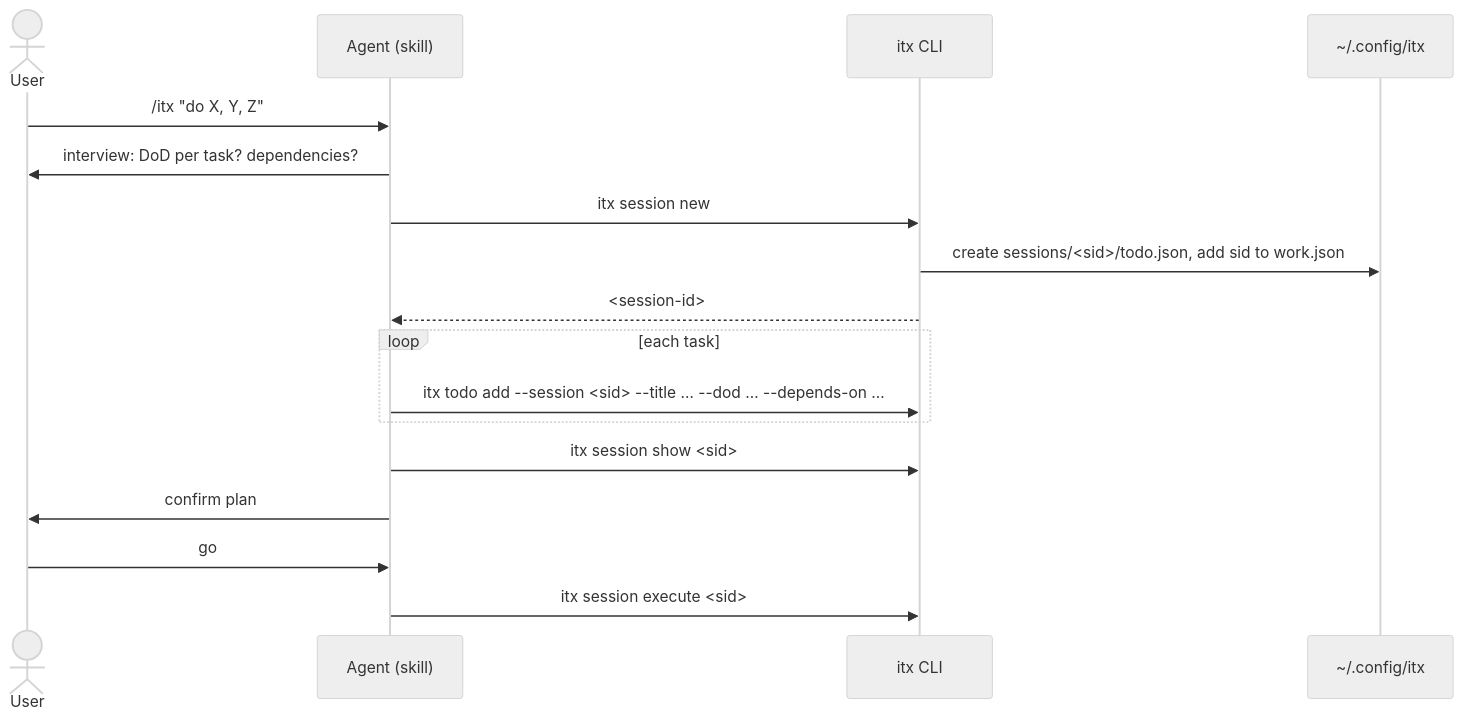
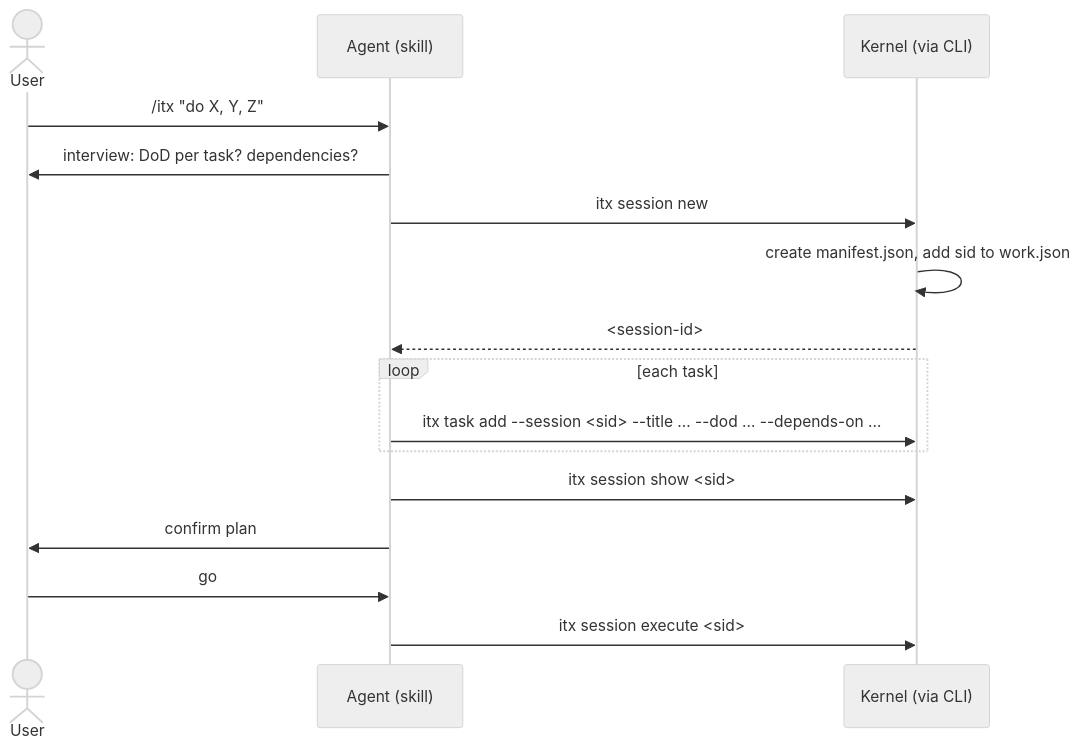
The third of 5 diagrams in design/arch.md (ric03uec/itx), drawn with Mermaid (neutral theme) before and after one commit. The commit also changed other lines of this file and 4 other files, not shown here.

Commit message:
docs: restructure architecture — kernel core, tman terminal manager, executor, llm adapter; standardize terminology in DOMAIN.md (manifest/task/window)

````diff
--- a/design/arch.md
+++ b/design/arch.md
@@ -71,20 +101,19 @@
 ```mermaid
 sequenceDiagram
     actor User
     participant Agent as Agent (skill)
-    participant CLI as itx CLI
-    participant FS as ~/.config/itx
+    participant K as Kernel (via CLI)
 
     User->>Agent: /itx "do X, Y, Z"
     Agent->>User: interview: DoD per task? dependencies?
-    Agent->>CLI: itx session new
-    CLI->>FS: create sessions/<sid>/todo.json, add sid to work.json
-    CLI-->>Agent: <session-id>
+    Agent->>K: itx session new
+    K->>K: create manifest.json, add sid to work.json
+    K-->>Agent: <session-id>
     loop each task
-        Agent->>CLI: itx todo add --session <sid> --title … --dod … --depends-on …
+        Agent->>K: itx task add --session <sid> --title … --dod … --depends-on …
     end
-    Agent->>CLI: itx session show <sid>
+    Agent->>K: itx session show <sid>
     Agent->>User: confirm plan
     User->>Agent: go
-    Agent->>CLI: itx session execute <sid>
+    Agent->>K: itx session execute <sid>
 ```
````
